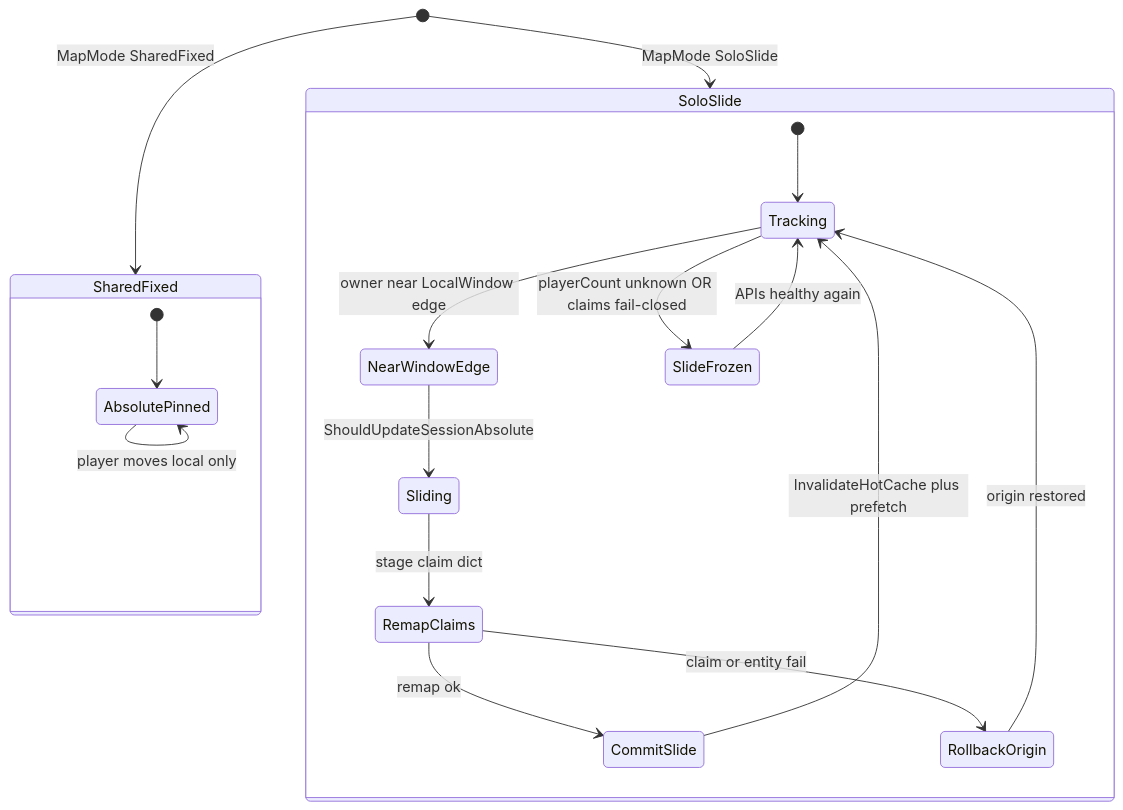
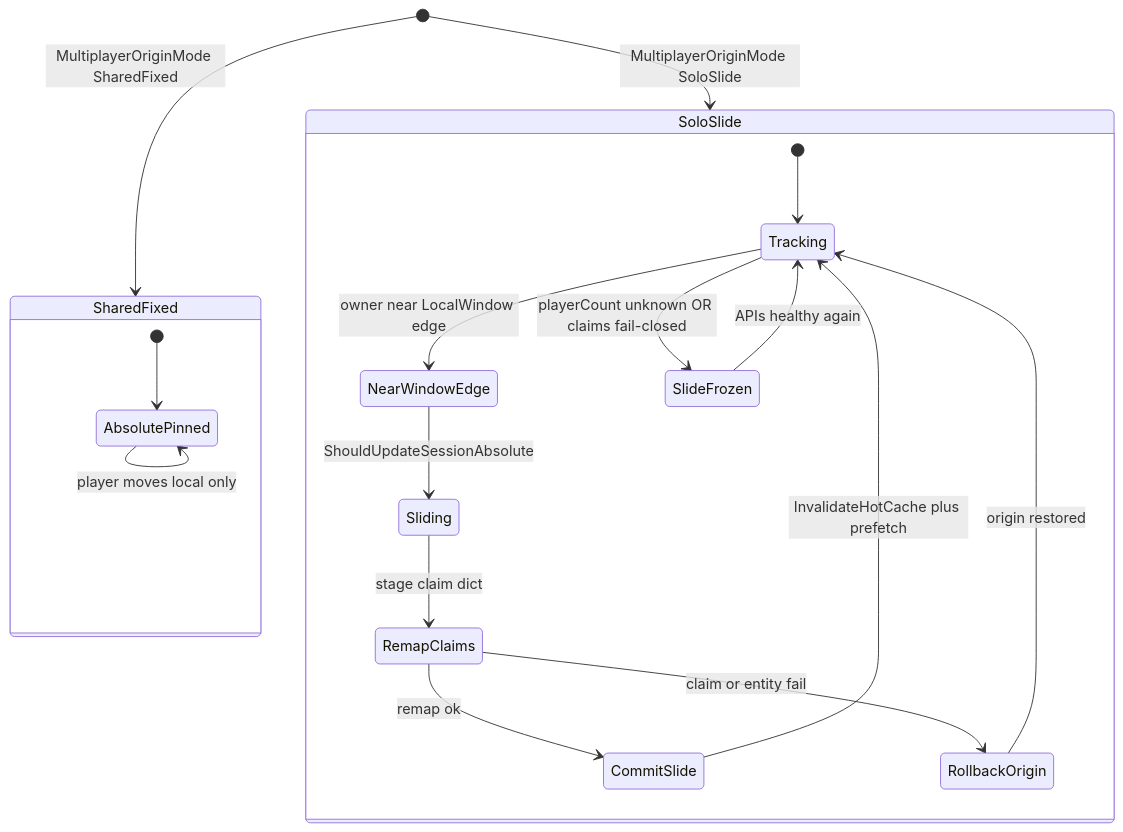
Before and after one commit to hordeforge/7dtd-realearth: the second of 6 diagrams in docs/realearth-runtime.md, drawn with Mermaid. The commit also changed 6 other files, not shown here.

````diff
--- a/docs/realearth-runtime.md
+++ b/docs/realearth-runtime.md
@@ -84,23 +84,23 @@
 ```mermaid
 stateDiagram-v2
-  [*] --> SharedFixed: MapMode SharedFixed
-  [*] --> SoloSlide: MapMode SoloSlide
+  [*] --> SharedFixed: MultiplayerOriginMode SharedFixed
+  [*] --> SoloSlide: MultiplayerOriginMode SoloSlide
 
   state SharedFixed {
     [*] --> AbsolutePinned
     AbsolutePinned --> AbsolutePinned: player moves local only
   }
 
   state SoloSlide {
     [*] --> Tracking
     Tracking --> NearWindowEdge: owner near LocalWindow edge
     NearWindowEdge --> Sliding: ShouldUpdateSessionAbsolute
     Sliding --> RemapClaims: stage claim dict
     RemapClaims --> CommitSlide: remap ok
     RemapClaims --> RollbackOrigin: claim or entity fail
     CommitSlide --> Tracking: InvalidateHotCache plus prefetch
     RollbackOrigin --> Tracking: origin restored
     Tracking --> SlideFrozen: playerCount unknown OR claims fail-closed
     SlideFrozen --> Tracking: APIs healthy again
   }
 ```
````
